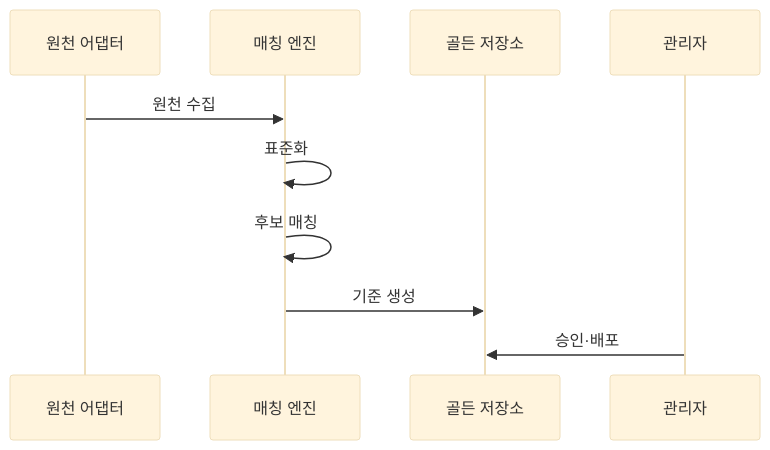
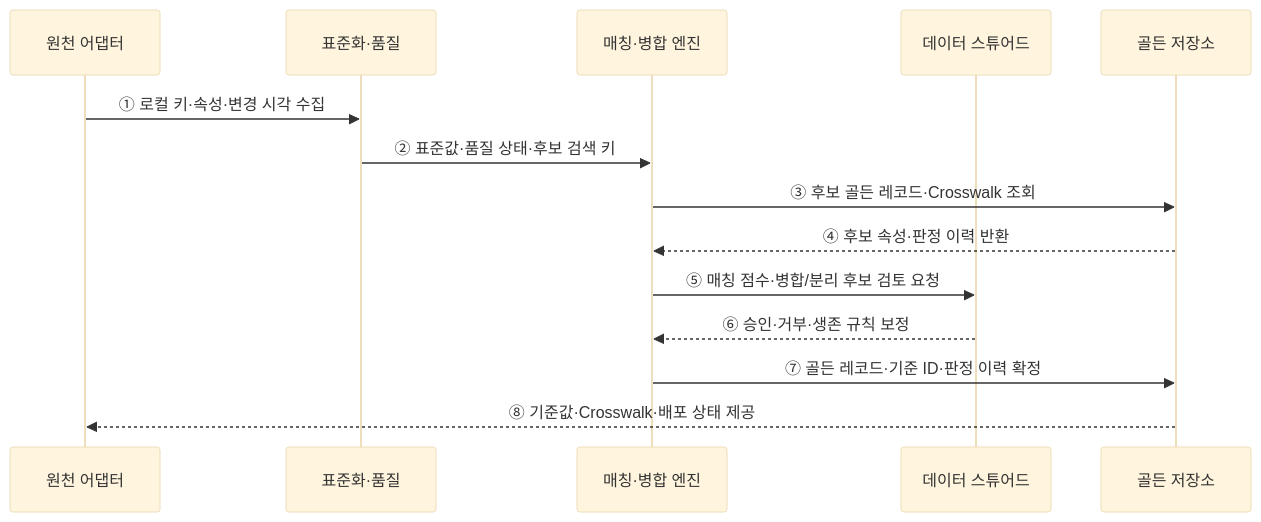
The second of 2 diagrams in src/content/docs/notes/03-software/136_master_data_management.md (agnusdei1207/knowledge-base), drawn with Mermaid (base theme) before and after one commit. The commit also changed other lines of this file and 20 other files, not shown here.

````diff
--- a/src/content/docs/notes/03-software/136_master_data_management.md
+++ b/src/content/docs/notes/03-software/136_master_data_management.md
@@ -84,12 +75,16 @@
 ```mermaid
 sequenceDiagram
     participant S as 원천 어댑터
-    participant M as 매칭 엔진
+    participant N as 표준화·품질
+    participant M as 매칭·병합 엔진
+    participant A as 데이터 스튜어드
     participant G as 골든 저장소
-    participant A as 관리자
-    S->>M: 원천 수집
-    M->>M: 표준화
-    M->>M: 후보 매칭
-    M->>G: 기준 생성
-    A->>G: 승인·배포
+    S->>N: ① 로컬 키·속성·변경 시각 수집
+    N->>M: ② 표준값·품질 상태·후보 검색 키
+    M->>G: ③ 후보 골든 레코드·Crosswalk 조회
+    G-->>M: ④ 후보 속성·판정 이력 반환
+    M->>A: ⑤ 매칭 점수·병합/분리 후보 검토 요청
+    A-->>M: ⑥ 승인·거부·생존 규칙 보정
+    M->>G: ⑦ 골든 레코드·기준 ID·판정 이력 확정
+    G-->>S: ⑧ 기준값·Crosswalk·배포 상태 제공
 ```
````
